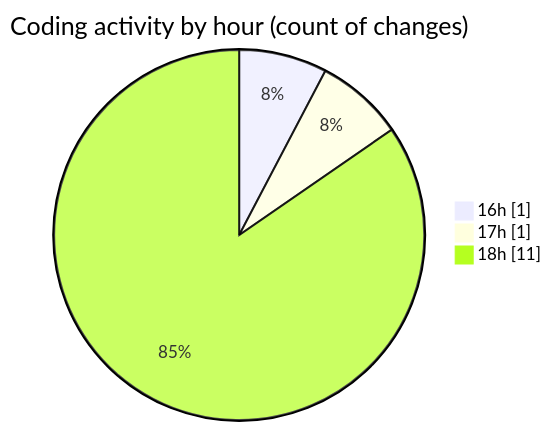
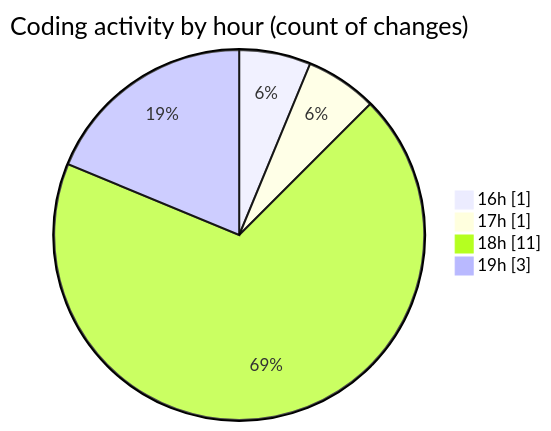
Before and after one commit to JenPaints/code-tracking: the second of 2 diagrams in 2025-06-27/archive/README.md, drawn with Mermaid. The commit also changed other lines of this file and 1 other file, not shown here.

````diff
--- a/2025-06-27/archive/README.md
+++ b/2025-06-27/archive/README.md
@@ -35,7 +37,8 @@
 ```mermaid
 pie showData
 title Coding activity by hour (count of changes)
 "16h" : 1
 "17h" : 1
 "18h" : 11
+"19h" : 3
 ```
````
